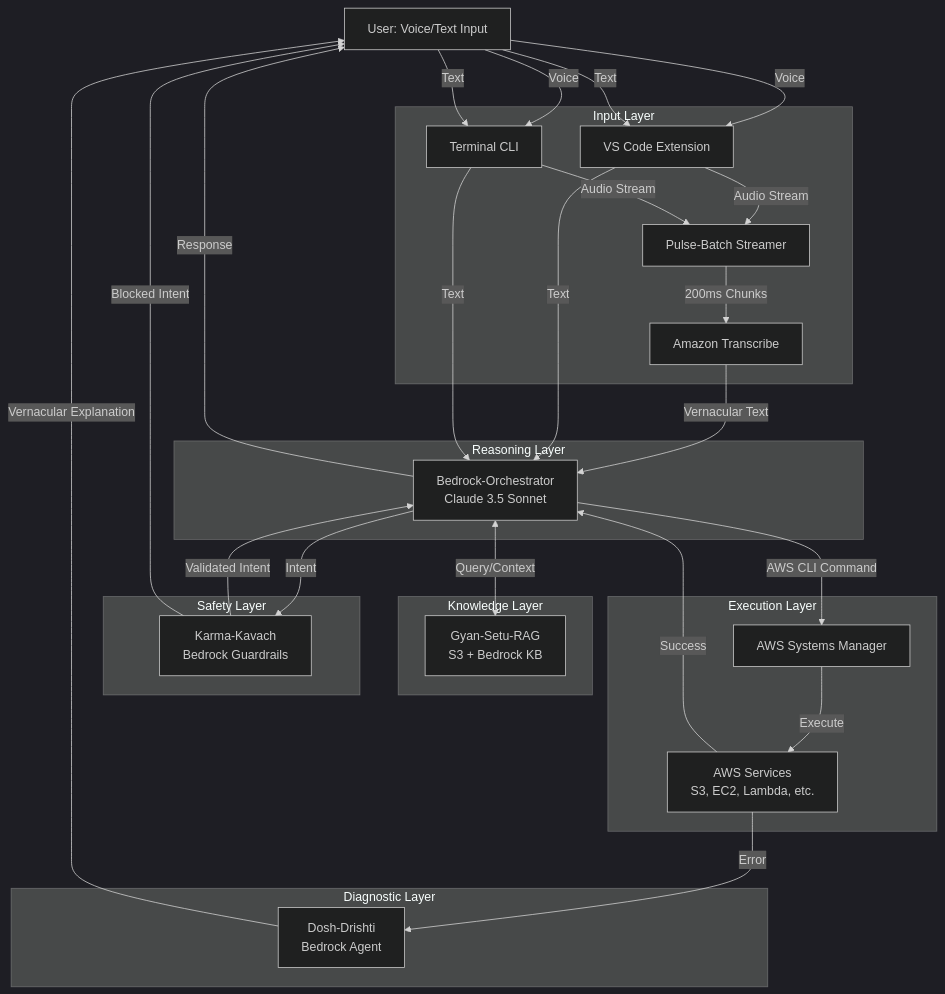
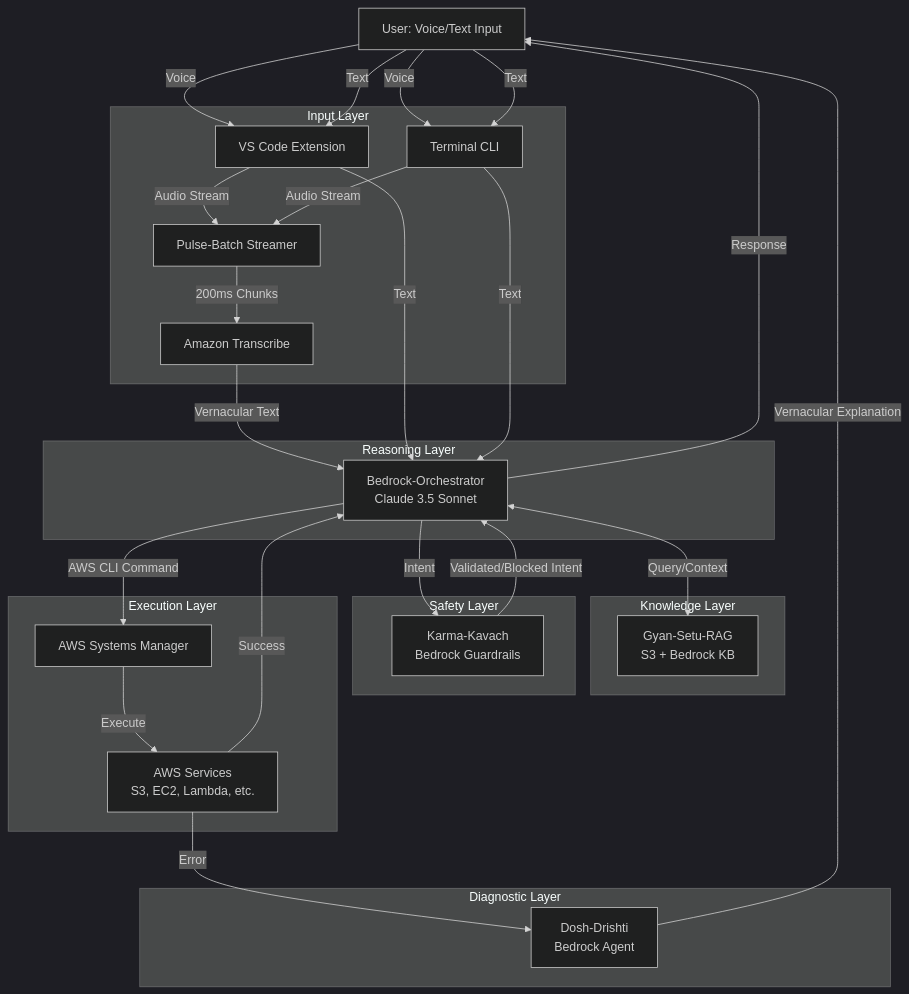
One commit to ashb155/aws-devsarathi changed the diagram in .kiro/specs/dev-sarathi-core/design.md. Above: the diagram before and after it, drawn with Mermaid (dark theme).

Commit message:
design update 1

````diff
--- a/.kiro/specs/dev-sarathi-core/design.md
+++ b/.kiro/specs/dev-sarathi-core/design.md
@@ -19,58 +19,58 @@
 ```mermaid
 graph TB
     User[User: Voice/Text Input]
     
     subgraph "Input Layer"
         VSCode[VS Code Extension]
         CLI[Terminal CLI]
         PulseBatch[Pulse-Batch Streamer]
         Transcribe[Amazon Transcribe]
     end
     
     subgraph "Reasoning Layer"
         Orchestrator[Bedrock-Orchestrator<br/>Claude 3.5 Sonnet]
     end
     
     subgraph "Knowledge Layer"
         RAG[Gyan-Setu-RAG<br/>S3 + Bedrock KB]
     end
     
     subgraph "Safety Layer"
         Guardrails[Karma-Kavach<br/>Bedrock Guardrails]
     end
     
     subgraph "Execution Layer"
         SSM[AWS Systems Manager]
         AWSServices[AWS Services<br/>S3, EC2, Lambda, etc.]
     end
     
     subgraph "Diagnostic Layer"
         Drishti[Dosh-Drishti<br/>Bedrock Agent]
     end
     
     User -->|Voice| VSCode
     User -->|Voice| CLI
     User -->|Text| VSCode
     User -->|Text| CLI
     
     VSCode -->|Audio Stream| PulseBatch
     CLI -->|Audio Stream| PulseBatch
     PulseBatch -->|200ms Chunks| Transcribe
     Transcribe -->|Vernacular Text| Orchestrator
     
     VSCode -->|Text| Orchestrator
     CLI -->|Text| Orchestrator
     
     Orchestrator <-->|Query/Context| RAG
     Orchestrator -->|Intent| Guardrails
-    Guardrails -->|Validated Intent| Orchestrator
-    Guardrails -->|Blocked Intent| User
+    Guardrails -->|Validated/Blocked Intent| Orchestrator
+  
     
     Orchestrator -->|AWS CLI Command| SSM
     SSM -->|Execute| AWSServices
     AWSServices -->|Success| Orchestrator
     AWSServices -->|Error| Drishti
     
     Drishti -->|Vernacular Explanation| User
     Orchestrator -->|Response| User
 ```
````
